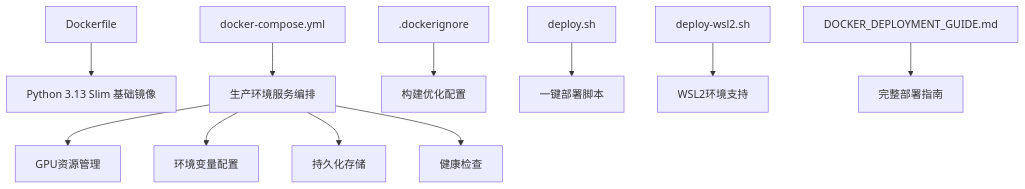
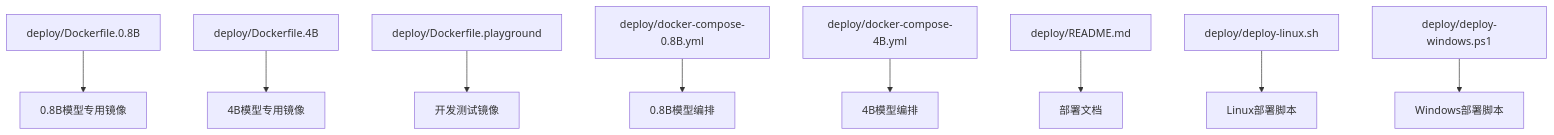
Before and after one commit to joezxh/kev: the first of 10 diagrams in .qoder/repowiki/zh/content/部署指南/容器化部署/容器化部署.md, drawn with Mermaid. The commit also changed other lines of this file and 193 other files, not shown here.

````diff
--- a/.qoder/repowiki/zh/content/部署指南/容器化部署/容器化部署.md
+++ b/.qoder/repowiki/zh/content/部署指南/容器化部署/容器化部署.md
@@ -71,13 +50,11 @@
 ```mermaid
 graph TB
-A["Dockerfile"] --> B["Python 3.13 Slim 基础镜像"]
-C["docker-compose.yml"] --> D["生产环境服务编排"]
-E[".dockerignore"] --> F["构建优化配置"]
-G["deploy.sh"] --> H["一键部署脚本"]
-I["deploy-wsl2.sh"] --> J["WSL2环境支持"]
-K["DOCKER_DEPLOYMENT_GUIDE.md"] --> L["完整部署指南"]
-D --> M["GPU资源管理"]
-D --> N["环境变量配置"]
-D --> O["持久化存储"]
-D --> P["健康检查"]
+A["deploy/Dockerfile.0.8B"] --> B["0.8B模型专用镜像"]
+C["deploy/Dockerfile.4B"] --> D["4B模型专用镜像"]
+E["deploy/Dockerfile.playground"] --> F["开发测试镜像"]
+G["deploy/docker-compose-0.8B.yml"] --> H["0.8B模型编排"]
+I["deploy/docker-compose-4B.yml"] --> J["4B模型编排"]
+K["deploy/README.md"] --> L["部署文档"]
+M["deploy/deploy-linux.sh"] --> N["Linux部署脚本"]
+O["deploy/deploy-windows.ps1"] --> P["Windows部署脚本"]
 ```
````
